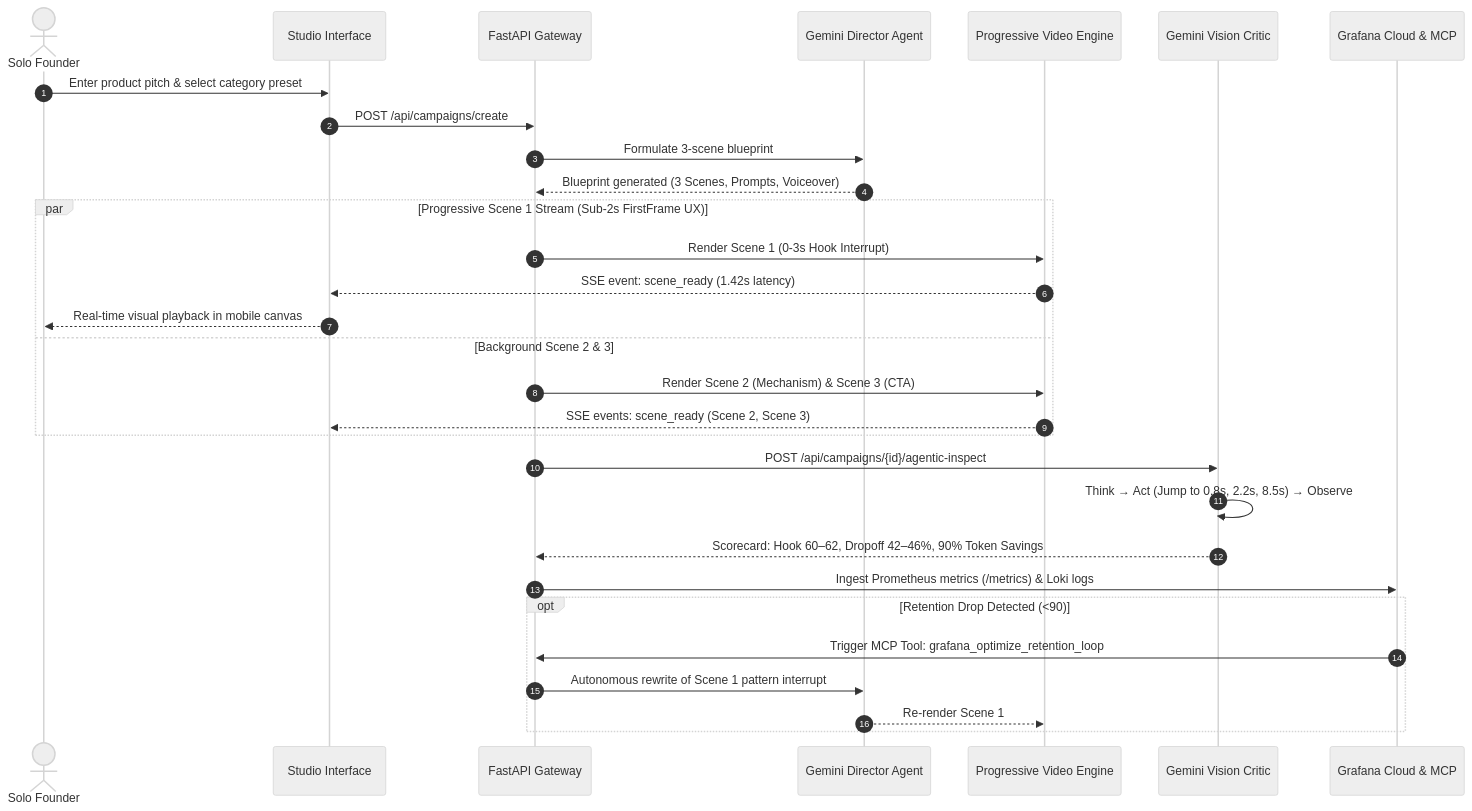
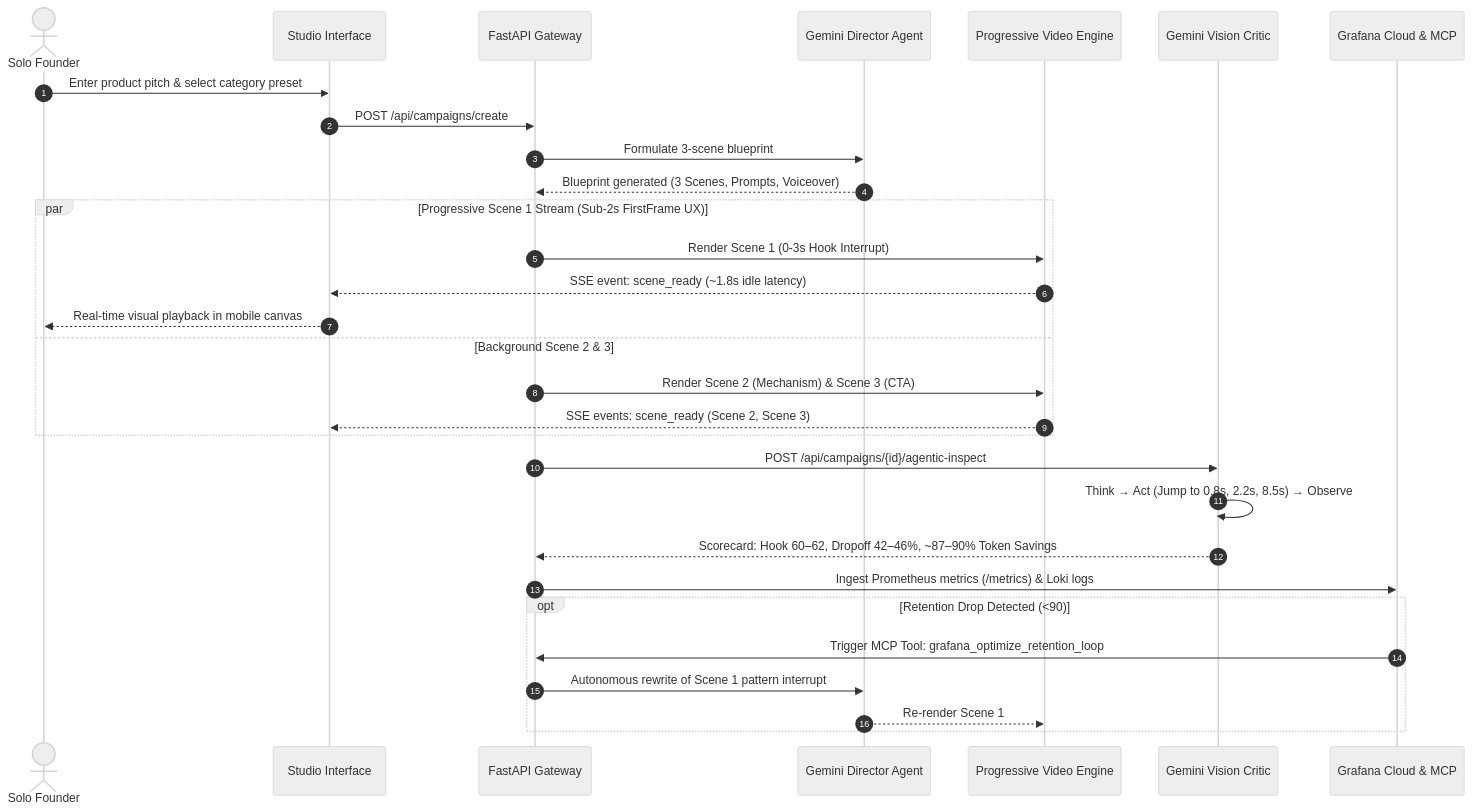
The second of 3 diagrams in README.md (N-45div/Ashky), drawn with Mermaid (neutral theme) before and after one commit. The commit also changed other lines of this file and 2 other files, not shown here.

Commit message:
docs: align veo models, dashboard path, env vars, token ranges, and idle latency

````diff
--- a/README.md
+++ b/README.md
@@ -97,36 +97,36 @@
 ```mermaid
 sequenceDiagram
     autonumber
     actor Founder as Solo Founder
     participant Studio as Studio Interface
     participant Gateway as FastAPI Gateway
     participant Director as Gemini Director Agent
     participant Engine as Progressive Video Engine
     participant Critic as Gemini Vision Critic
     participant Grafana as Grafana Cloud & MCP
 
     Founder->>Studio: Enter product pitch & select category preset
     Studio->>Gateway: POST /api/campaigns/create
     Gateway->>Director: Formulate 3-scene blueprint
     Director-->>Gateway: Blueprint generated (3 Scenes, Prompts, Voiceover)
     
     par Progressive Scene 1 Stream (Sub-2s FirstFrame UX)
         Gateway->>Engine: Render Scene 1 (0-3s Hook Interrupt)
-        Engine-->>Studio: SSE event: scene_ready (1.42s latency)
+        Engine-->>Studio: SSE event: scene_ready (~1.8s idle latency)
         Studio-->>Founder: Real-time visual playback in mobile canvas
     and Background Scene 2 & 3
         Gateway->>Engine: Render Scene 2 (Mechanism) & Scene 3 (CTA)
         Engine-->>Studio: SSE events: scene_ready (Scene 2, Scene 3)
     end
 
     Gateway->>Critic: POST /api/campaigns/{id}/agentic-inspect
     Critic->>Critic: Think → Act (Jump to 0.8s, 2.2s, 8.5s) → Observe
-    Critic-->>Gateway: Scorecard: Hook 60–62, Dropoff 42–46%, 90% Token Savings
+    Critic-->>Gateway: Scorecard: Hook 60–62, Dropoff 42–46%, ~87–90% Token Savings
     Gateway->>Grafana: Ingest Prometheus metrics (/metrics) & Loki logs
     
     opt Retention Drop Detected (<90)
         Grafana->>Gateway: Trigger MCP Tool: grafana_optimize_retention_loop
         Gateway->>Director: Autonomous rewrite of Scene 1 pattern interrupt
         Director-->>Engine: Re-render Scene 1
     end
 ```
````
